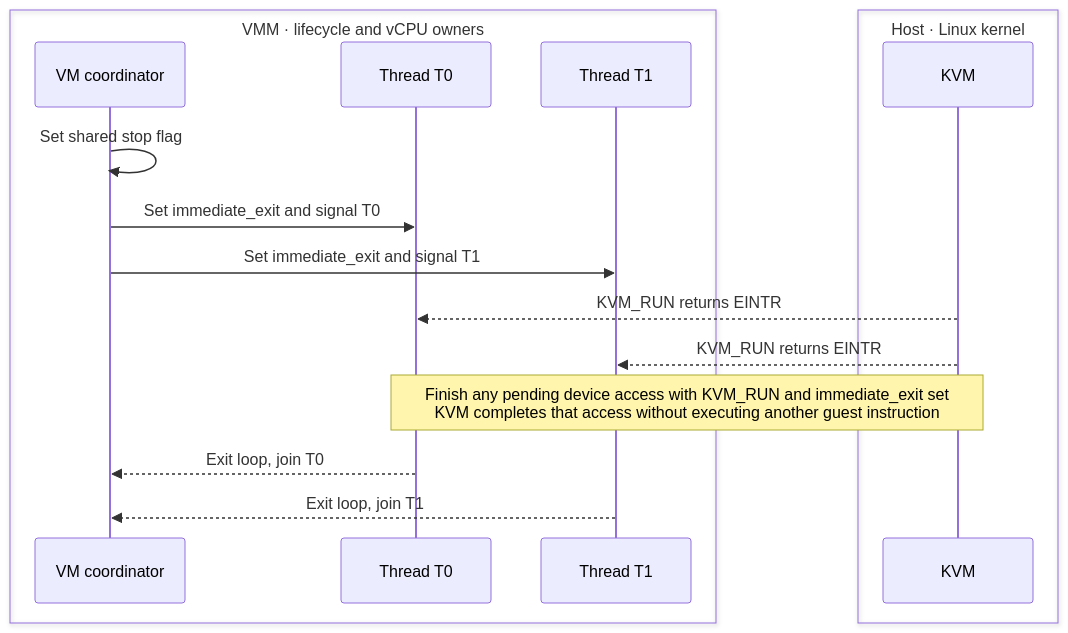
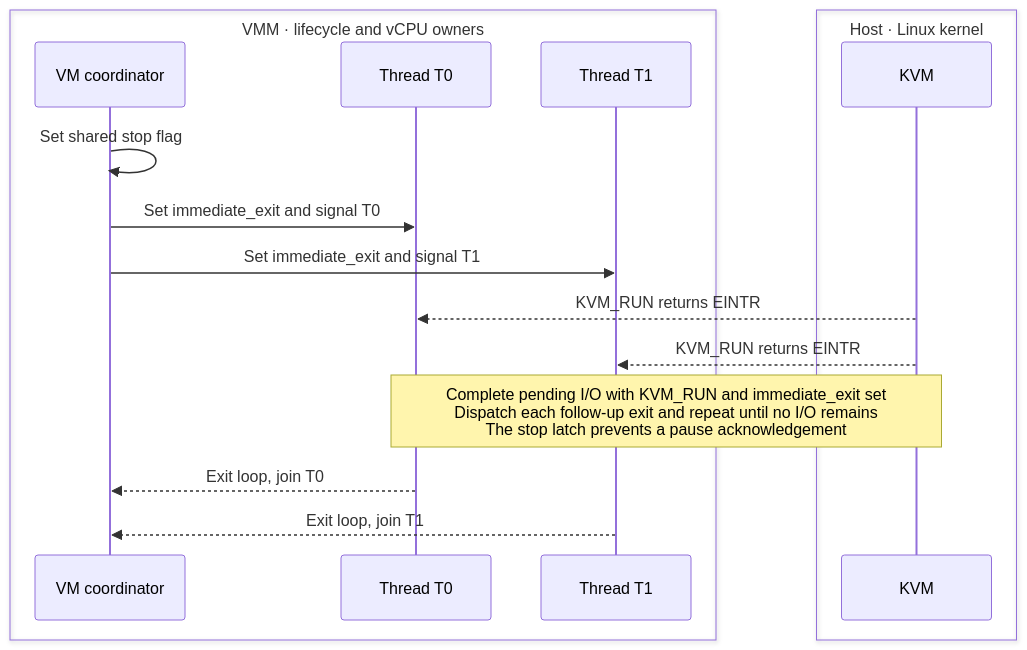
One commit to boxlite-ai/boxlite changed diagram 11 of 14 in docs/contributing/architecture/vmm/kvm.md. Above: the diagram before and after it, drawn with Mermaid. The commit also changed 17 other files, not shown here.

````diff
--- a/docs/contributing/architecture/vmm/kvm.md
+++ b/docs/contributing/architecture/vmm/kvm.md
@@ -374,26 +374,26 @@
 ```mermaid
 sequenceDiagram
   box VMM · lifecycle and vCPU owners
     participant coordinator as VM coordinator
     participant thread0 as Thread T0
     participant thread1 as Thread T1
   end
   box Host · Linux kernel
     participant host_api as KVM
   end
   %% edge:kvm_12_e1
   coordinator->>coordinator: Set shared stop flag
   %% edge:kvm_12_e2
   coordinator->>thread0: Set immediate_exit and signal T0
   %% edge:kvm_12_e3
   coordinator->>thread1: Set immediate_exit and signal T1
   %% edge:kvm_12_e4
   host_api-->>thread0: KVM_RUN returns EINTR
   %% edge:kvm_12_e5
   host_api-->>thread1: KVM_RUN returns EINTR
-  Note over thread0,host_api: Finish any pending device access with KVM_RUN and immediate_exit set<br/>KVM completes that access without executing another guest instruction
+  Note over thread0,host_api: Complete pending I/O with KVM_RUN and immediate_exit set<br/>Dispatch each follow-up exit and repeat until no I/O remains<br/>The stop latch prevents a pause acknowledgement
   %% edge:kvm_12_e6
   thread0-->>coordinator: Exit loop, join T0
   %% edge:kvm_12_e7
   thread1-->>coordinator: Exit loop, join T1
 ```
````
